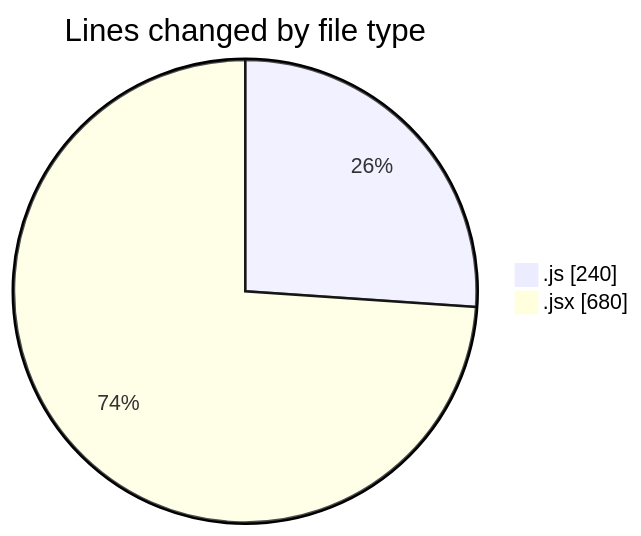
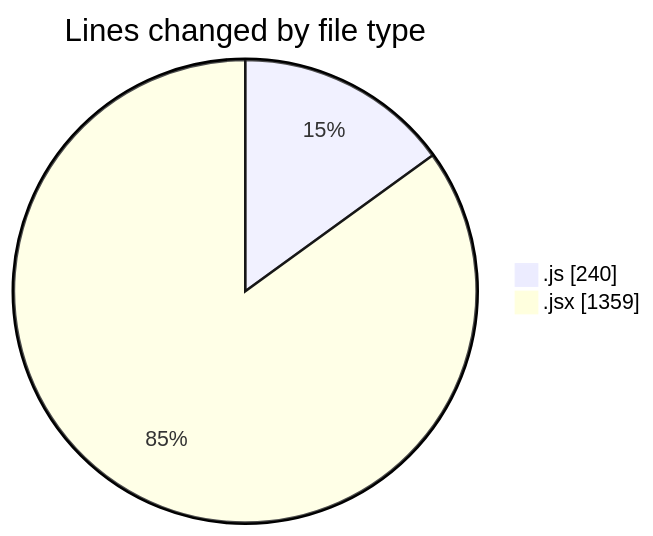
Before and after one commit to nxtqubesakshisongat/code-tracking: the first of 2 diagrams in 2026-01-19/nxtqube_webapp/README.md, drawn with Mermaid. The commit also changed other lines of this file and 1 other file, not shown here.

````diff
--- a/2026-01-19/nxtqube_webapp/README.md
+++ b/2026-01-19/nxtqube_webapp/README.md
@@ -25,6 +26,6 @@
 ```mermaid
 pie showData
 title Lines changed by file type
 ".js" : 240
-".jsx" : 680
+".jsx" : 1359
 ```
````
